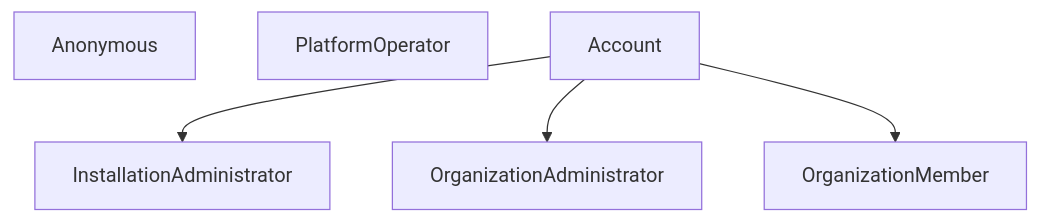
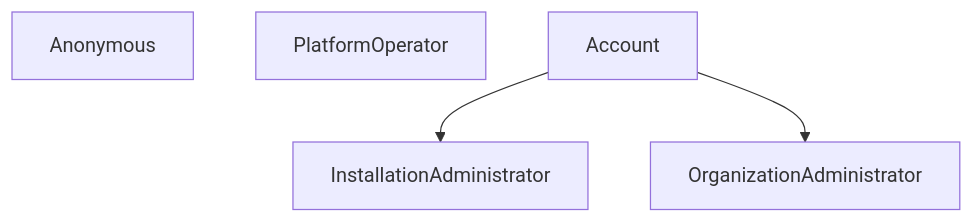
Before and after one commit to mycelium-cmbse/mycelium-forge: the diagram in docs/roles-permissions-and-behaviors.md, drawn with Mermaid. The commit also changed other lines of this file and 51 other files, not shown here.

````diff
--- a/docs/roles-permissions-and-behaviors.md
+++ b/docs/roles-permissions-and-behaviors.md
@@ -39,13 +39,11 @@
 ```mermaid
 graph TD
     Anonymous[Anonymous]
     PlatformOperator[PlatformOperator]
     Account[Account]
     InstallationAdministrator[InstallationAdministrator]
     OrganizationAdministrator[OrganizationAdministrator]
-    OrganizationMember[OrganizationMember]
 
     Account --> InstallationAdministrator
     Account --> OrganizationAdministrator
-    Account --> OrganizationMember
 ```
````
